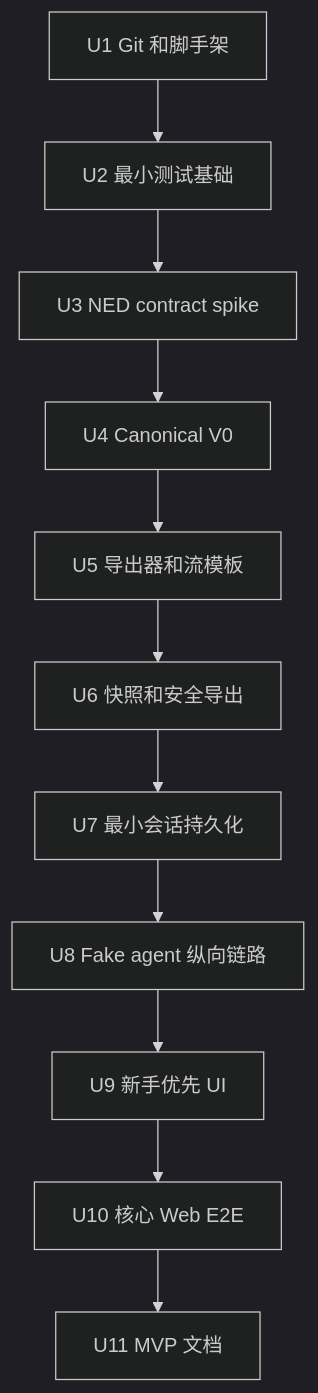
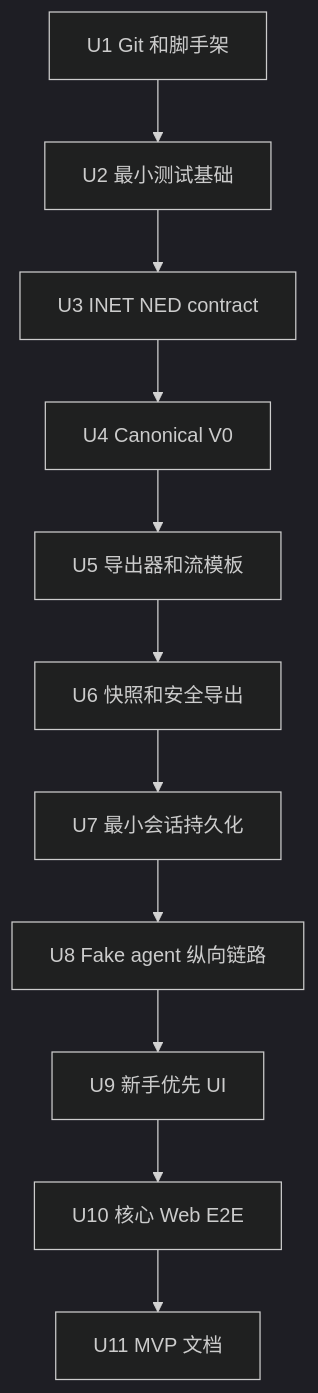
Before and after one commit to jarbozhang/tsn-agent: the second of 2 diagrams in docs/plans/2026-05-20-001-feat-tsn-agent-tauri-mvp-plan.md, drawn with Mermaid (dark theme). The commit also changed other lines of this file and 65 other files, not shown here.

````diff
--- a/docs/plans/2026-05-20-001-feat-tsn-agent-tauri-mvp-plan.md
+++ b/docs/plans/2026-05-20-001-feat-tsn-agent-tauri-mvp-plan.md
@@ -163,13 +169,13 @@
 ```mermaid
 flowchart TB
     U1[U1 Git 和脚手架] --> U2[U2 最小测试基础]
-    U2 --> U3[U3 NED contract spike]
+    U2 --> U3[U3 INET NED contract]
     U3 --> U4[U4 Canonical V0]
     U4 --> U5[U5 导出器和流模板]
     U5 --> U6[U6 快照和安全导出]
     U6 --> U7[U7 最小会话持久化]
     U7 --> U8[U8 Fake agent 纵向链路]
     U8 --> U9[U9 新手优先 UI]
     U9 --> U10[U10 核心 Web E2E]
     U10 --> U11[U11 MVP 文档]
 ```
````
